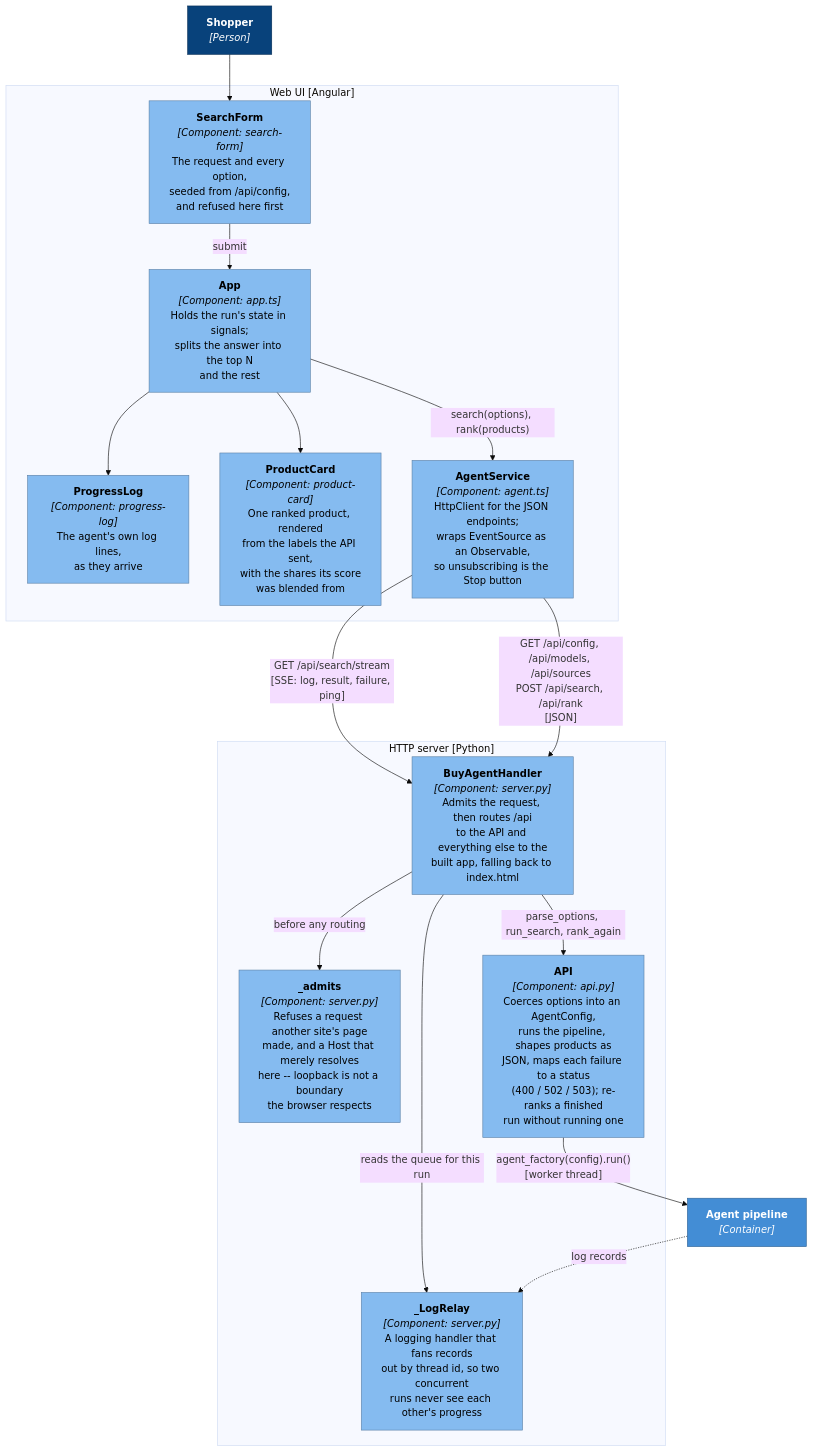
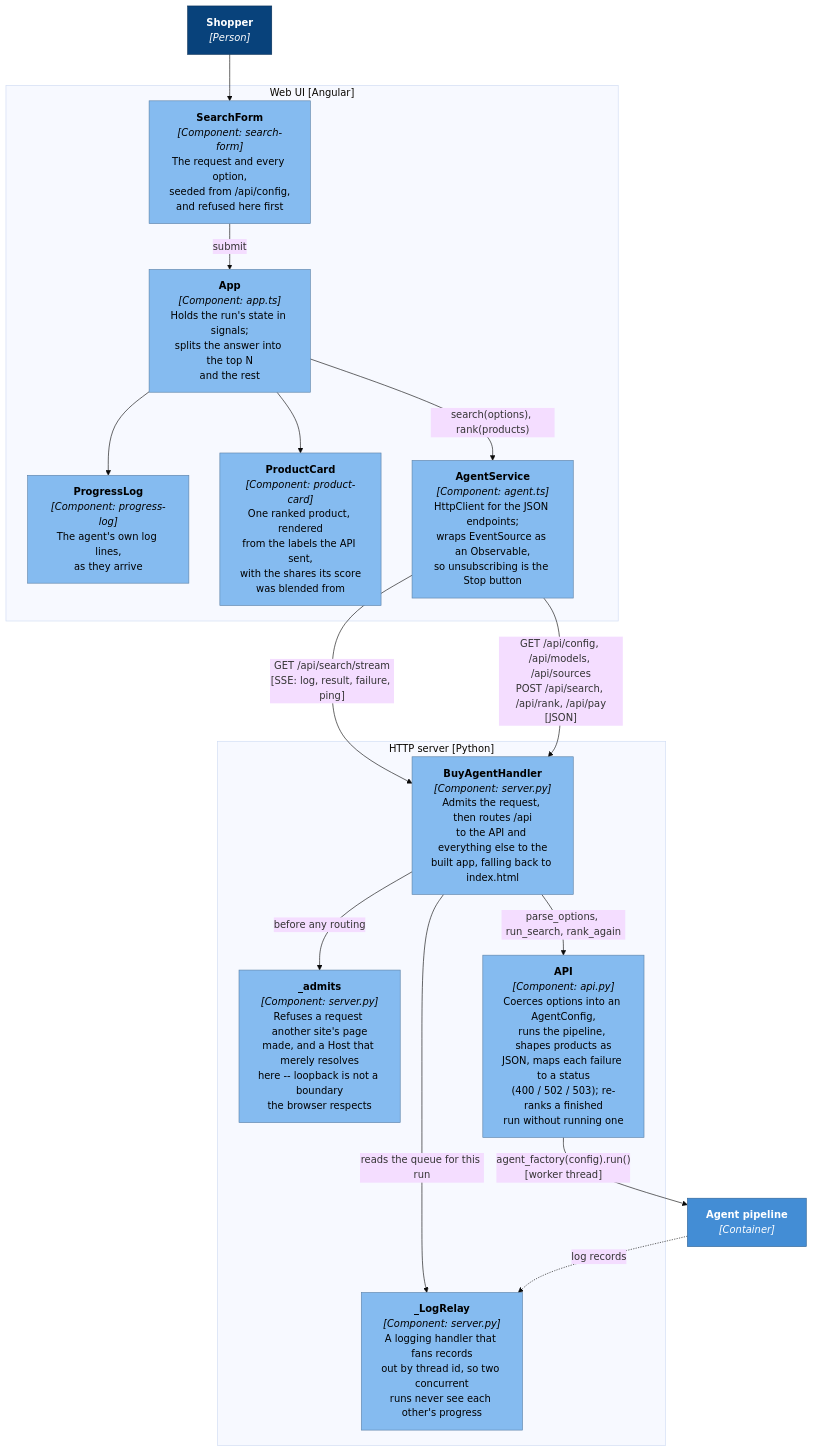
The fourth of 5 diagrams in docs/architecture.md (adamw7/buy_agent), drawn with Mermaid (base theme) before and after one commit. The commit also changed other lines of this file and 39 other files, not shown here.

````diff
--- a/docs/architecture.md
+++ b/docs/architecture.md
@@ -252,42 +279,42 @@
 ```mermaid
 graph TB
     browserUser["<b>Shopper</b><br/><i>[Person]</i>"]
 
     subgraph spa["Web UI [Angular]"]
         app["<b>App</b><br/><i>[Component: app.ts]</i><br/>Holds the run's state in signals;<br/>splits the answer into the top N<br/>and the rest"]
         form["<b>SearchForm</b><br/><i>[Component: search-form]</i><br/>The request and every option,<br/>seeded from /api/config,<br/>and refused here first"]
         log["<b>ProgressLog</b><br/><i>[Component: progress-log]</i><br/>The agent's own log lines,<br/>as they arrive"]
         card["<b>ProductCard</b><br/><i>[Component: product-card]</i><br/>One ranked product, rendered<br/>from the labels the API sent,<br/>with the shares its score<br/>was blended from"]
         agentsvc["<b>AgentService</b><br/><i>[Component: agent.ts]</i><br/>HttpClient for the JSON endpoints;<br/>wraps EventSource as an Observable,<br/>so unsubscribing is the Stop button"]
     end
 
     subgraph srv["HTTP server [Python]"]
         handler["<b>BuyAgentHandler</b><br/><i>[Component: server.py]</i><br/>Admits the request, then routes /api<br/>to the API and everything else to the<br/>built app, falling back to index.html"]
         guard["<b>_admits</b><br/><i>[Component: server.py]</i><br/>Refuses a request another site's page<br/>made, and a Host that merely resolves<br/>here -- loopback is not a boundary<br/>the browser respects"]
         relay["<b>_LogRelay</b><br/><i>[Component: server.py]</i><br/>A logging handler that fans records<br/>out by thread id, so two concurrent<br/>runs never see each other's progress"]
         api["<b>API</b><br/><i>[Component: api.py]</i><br/>Coerces options into an AgentConfig,<br/>runs the pipeline, shapes products as<br/>JSON, maps each failure to a status<br/>(400 / 502 / 503); re-ranks a finished<br/>run without running one"]
     end
 
     agentpipeline["<b>Agent pipeline</b><br/><i>[Container]</i>"]
 
     browserUser --> form
     form -->|"submit"| app
     app --> log
     app --> card
     app -->|"search(options), rank(products)"| agentsvc
     agentsvc -->|"GET /api/search/stream<br/>[SSE: log, result, failure, ping]"| handler
-    agentsvc -->|"GET /api/config, /api/models, /api/sources<br/>POST /api/search, /api/rank<br/>[JSON]"| handler
+    agentsvc -->|"GET /api/config, /api/models, /api/sources<br/>POST /api/search, /api/rank, /api/pay<br/>[JSON]"| handler
 
     handler -->|"before any routing"| guard
     handler -->|"parse_options, run_search, rank_again"| api
     handler -->|"reads the queue for this run"| relay
     api -->|"agent_factory(config).run()<br/>[worker thread]"| agentpipeline
     agentpipeline -.->|"log records"| relay
 
     classDef person fill:#08427b,stroke:#052e56,color:#fff
     classDef container fill:#438dd5,stroke:#2e6295,color:#fff
     classDef component fill:#85bbf0,stroke:#5d82a8,color:#000
     class browserUser person
     class agentpipeline container
     class app,form,log,card,agentsvc,handler,guard,relay,api component
 ```
````
